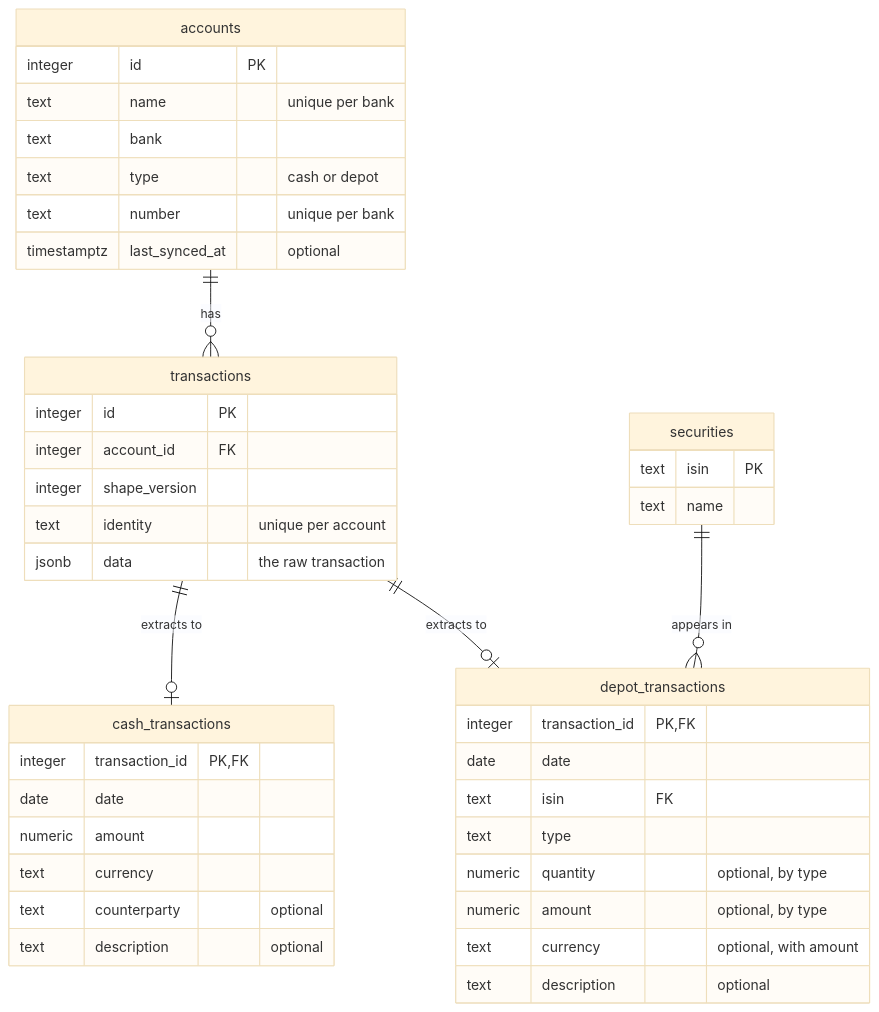
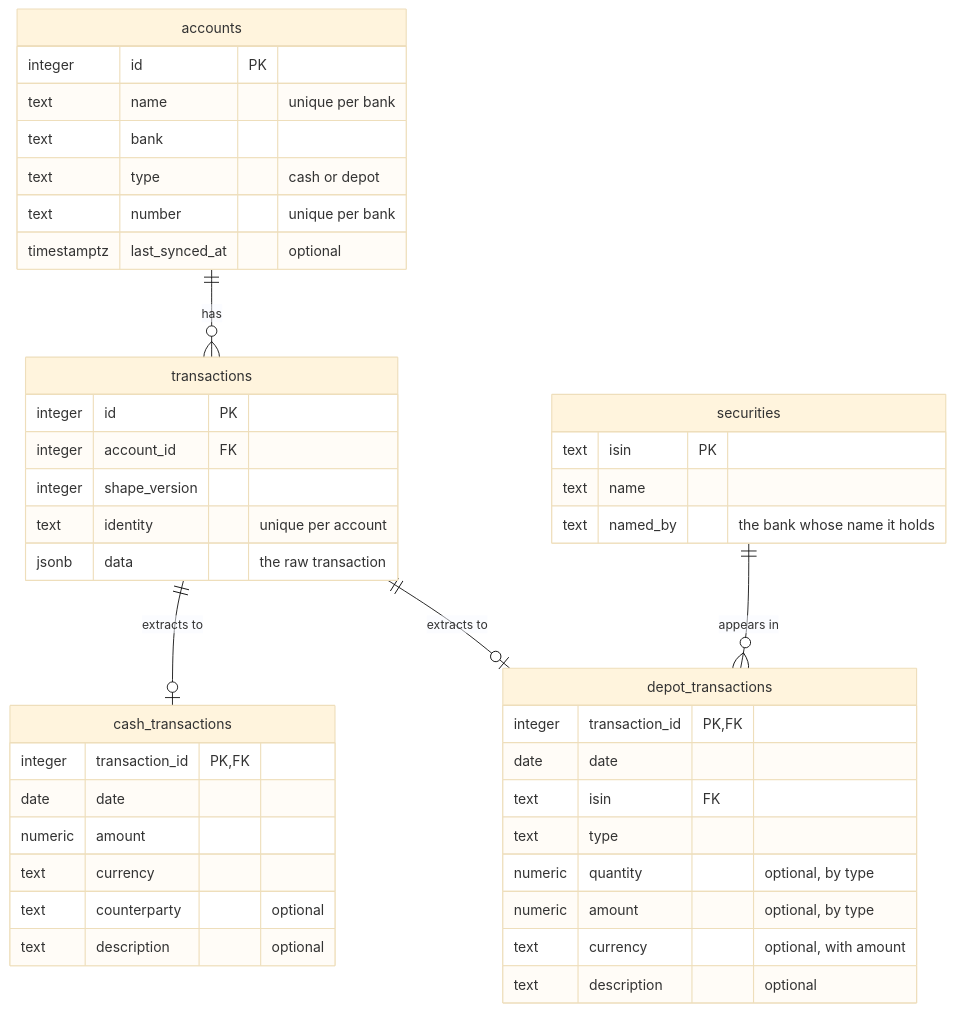
One commit to lennartmoeller/finance-tracker changed the diagram in docs/data-model.md. Above: the diagram before and after it, drawn with Mermaid (base theme). The commit also changed other lines of this file and 10 other files, not shown here.

````diff
--- a/docs/data-model.md
+++ b/docs/data-model.md
@@ -5,45 +5,46 @@
 ```mermaid
 erDiagram
   accounts ||--o{ transactions : "has"
   transactions ||--o| cash_transactions : "extracts to"
   transactions ||--o| depot_transactions : "extracts to"
   securities ||--o{ depot_transactions : "appears in"
 
   accounts {
     integer id PK
     text name "unique per bank"
     text bank
     text type "cash or depot"
     text number "unique per bank"
     timestamptz last_synced_at "optional"
   }
   transactions {
     integer id PK
     integer account_id FK
     integer shape_version
     text identity "unique per account"
     jsonb data "the raw transaction"
   }
   securities {
     text isin PK
     text name
+    text named_by "the bank whose name it holds"
   }
   cash_transactions {
     integer transaction_id PK, FK
     date date
     numeric amount
     text currency
     text counterparty "optional"
     text description "optional"
   }
   depot_transactions {
     integer transaction_id PK, FK
     date date
     text isin FK
     text type
     numeric quantity "optional, by type"
     numeric amount "optional, by type"
     text currency "optional, with amount"
     text description "optional"
   }
 ```
````
